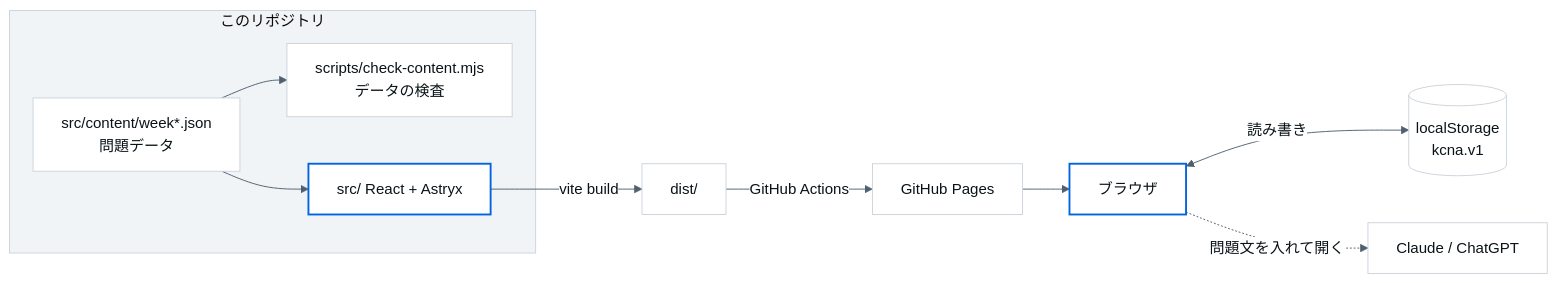
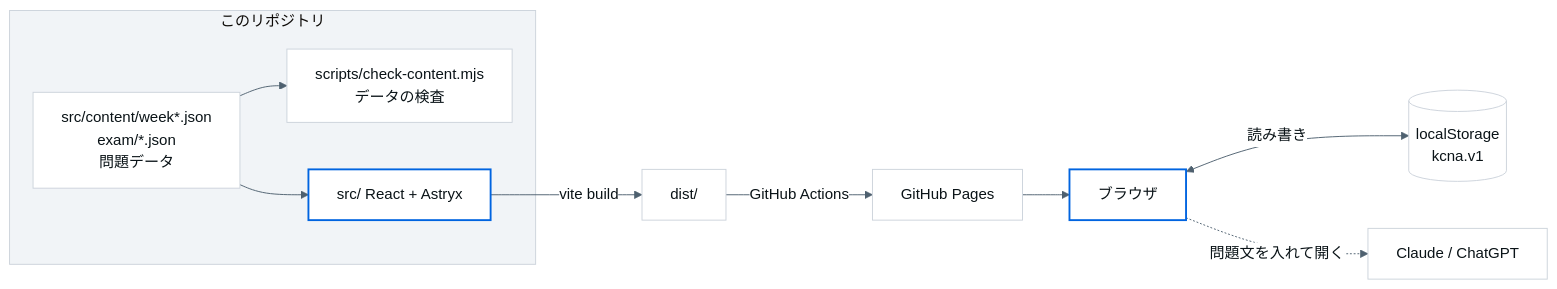
The first of 2 diagrams in README.md (maco165/kcna-dojo), drawn with Mermaid before and after one commit. The commit also changed other lines of this file and 24 other files, not shown here.

````diff
--- a/README.md
+++ b/README.md
@@ -52,18 +52,18 @@
 ```mermaid
 %%{init: {'theme': 'base', 'themeVariables': {'fontFamily': '-apple-system, Segoe UI, Roboto, sans-serif', 'primaryColor': '#FFFFFF', 'primaryTextColor': '#0A1317', 'primaryBorderColor': '#CCD3DB', 'lineColor': '#4E606F', 'clusterBkg': '#F1F4F7', 'clusterBorder': '#CCD3DB', 'tertiaryColor': '#F1F4F7'}}}%%
 flowchart LR
   subgraph repo[このリポジトリ]
-    json[src/content/week*.json<br/>問題データ]
+    json[src/content/week*.json<br/>exam/*.json<br/>問題データ]
     check[scripts/check-content.mjs<br/>データの検査]
     app[src/ React + Astryx]
   end
   json --> check
   json --> app
   app -->|vite build| dist[dist/]
   dist -->|GitHub Actions| pages[GitHub Pages]
   pages --> browser[ブラウザ]
   browser <-->|読み書き| ls[(localStorage<br/>kcna.v1)]
   browser -.->|問題文を入れて開く| ai[Claude / ChatGPT]
   classDef accent stroke:#0064E0,stroke-width:2px;
   class app,browser accent;
 ```
````
